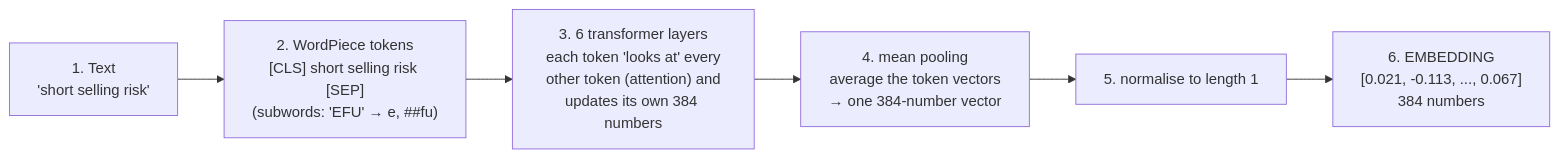
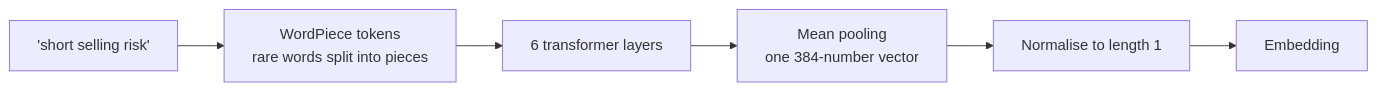
Before and after one commit to node31/fiqa-agentic-retrieval: the second of 4 diagrams in docs/from_zero/04_meaning_search_embeddings.md, drawn with Mermaid. The commit also changed other lines of this file and 9 other files, not shown here.

````diff
--- a/docs/from_zero/04_meaning_search_embeddings.md
+++ b/docs/from_zero/04_meaning_search_embeddings.md
@@ -198,8 +121,8 @@
 ```mermaid
 flowchart LR
-    T["1. Text<br/>'short selling risk'"] --> W["2. WordPiece tokens<br/>[CLS] short selling risk [SEP]<br/>(subwords: 'EFU' → e, ##fu)"]
-    W --> L["3. 6 transformer layers<br/>each token 'looks at' every<br/>other token (attention) and<br/>updates its own 384 numbers"]
-    L --> P["4. mean pooling<br/>average the token vectors<br/>→ one 384-number vector"]
-    P --> NR["5. normalise to length 1"]
-    NR --> E["6. EMBEDDING<br/>[0.021, -0.113, ..., 0.067]<br/>384 numbers"]
+    T["'short selling risk'"] --> W["WordPiece tokens<br/>rare words split into pieces"]
+    W --> L["6 transformer layers"]
+    L --> P["Mean pooling<br/>one 384-number vector"]
+    P --> NR["Normalise to length 1"]
+    NR --> E["Embedding"]
 ```
````
